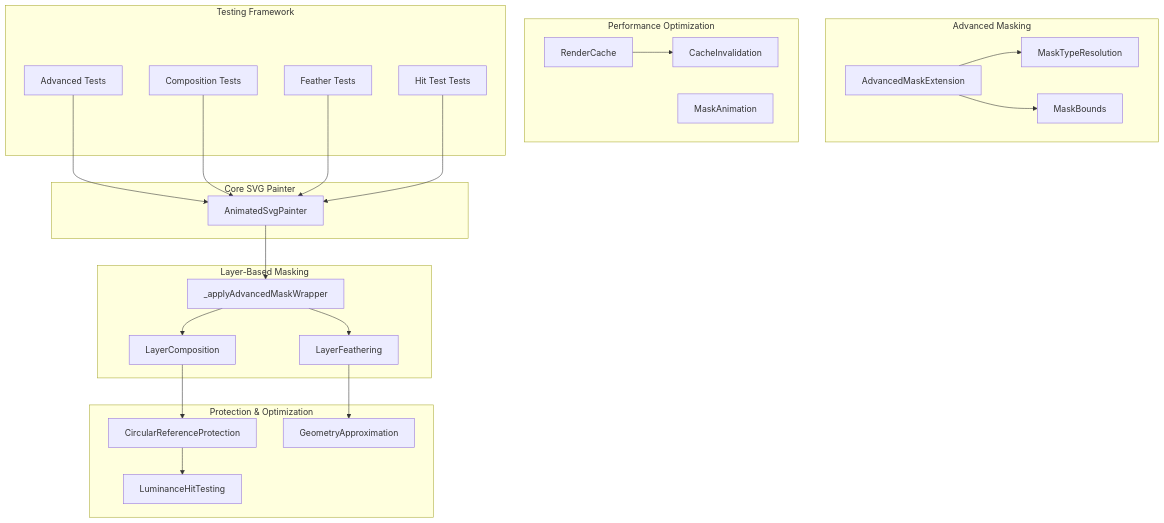
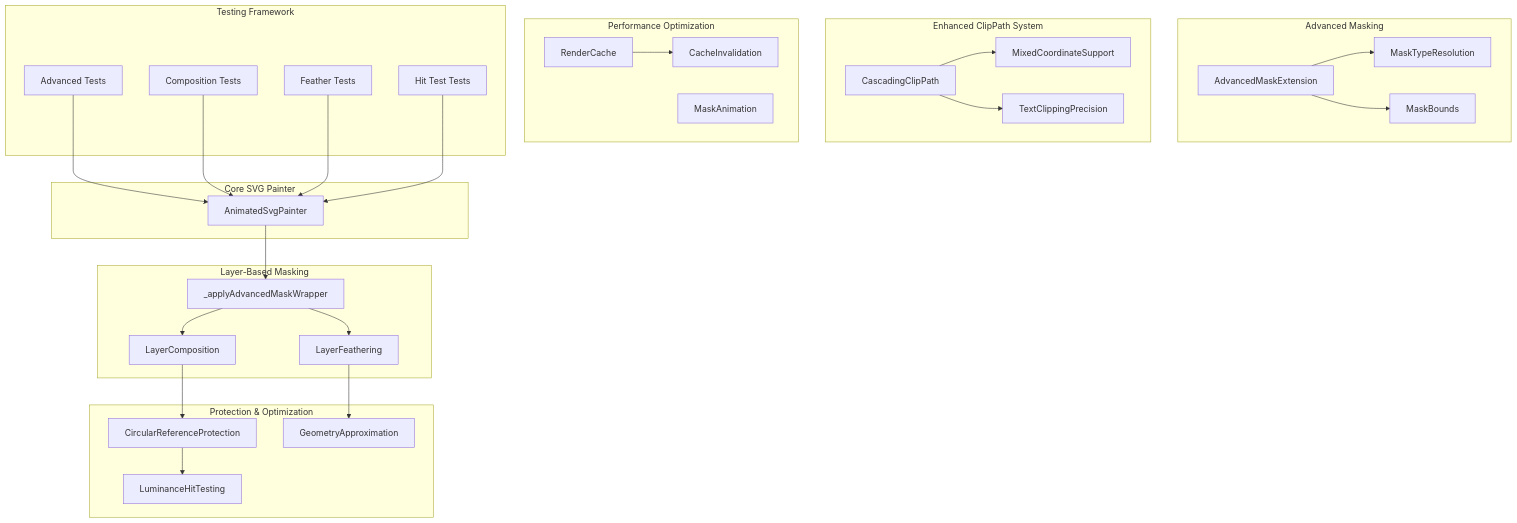
The first of 10 diagrams in .qoder/repowiki/en/content/Animated SVG Support/Advanced Animation Features/SVG Filters and Effects/Advanced Clipping and Masking System.md (denisnadey/flutter_full_svg_support), drawn with Mermaid before and after one commit. The commit also changed other lines of this file and 30 other files, not shown here.

````diff
--- a/.qoder/repowiki/en/content/Animated SVG Support/Advanced Animation Features/SVG Filters and Effects/Advanced Clipping and Masking System.md
+++ b/.qoder/repowiki/en/content/Animated SVG Support/Advanced Animation Features/SVG Filters and Effects/Advanced Clipping and Masking System.md
@@ -59,45 +60,52 @@
 ```mermaid
 graph TB
 subgraph "Core SVG Painter"
 AP[AnimatedSvgPainter]
 end
 subgraph "Layer-Based Masking"
 LM[_applyAdvancedMaskWrapper]
 LC[LayerComposition]
 LF[LayerFeathering]
 end
 subgraph "Advanced Masking"
 AM[AdvancedMaskExtension]
 MT[MaskTypeResolution]
 MB[MaskBounds]
+end
+subgraph "Enhanced ClipPath System"
+CCP[CascadingClipPath]
+MCS[MixedCoordinateSupport]
+TCP[TextClippingPrecision]
 end
 subgraph "Protection & Optimization"
 CR[CircularReferenceProtection]
 GAP[GeometryApproximation]
 LHT[LuminanceHitTesting]
 end
 subgraph "Performance Optimization"
 RC[RenderCache]
 MA[MaskAnimation]
 CF[CacheInvalidation]
 end
 subgraph "Testing Framework"
 AT[Advanced Tests]
 CT[Composition Tests]
 FT[Feather Tests]
 HT[Hit Test Tests]
 end
 AP --> LM
 LM --> LC
 LM --> LF
 AM --> MT
 AM --> MB
+CCP --> MCS
+CCP --> TCP
 LC --> CR
 LF --> GAP
 CR --> LHT
 RC --> CF
 AT --> AP
 CT --> AP
 FT --> AP
 HT --> AP
 ```
````
